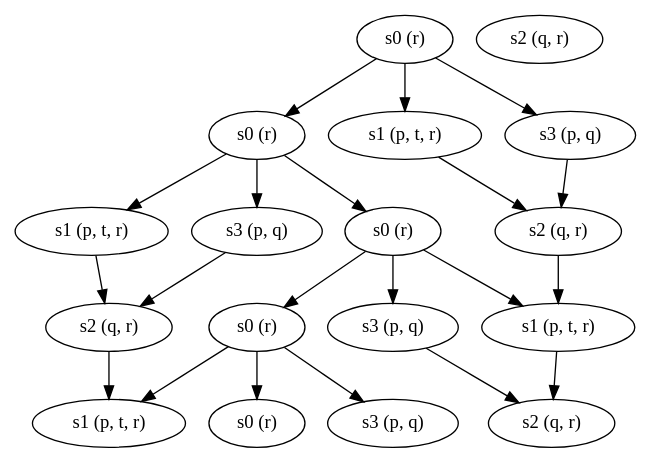
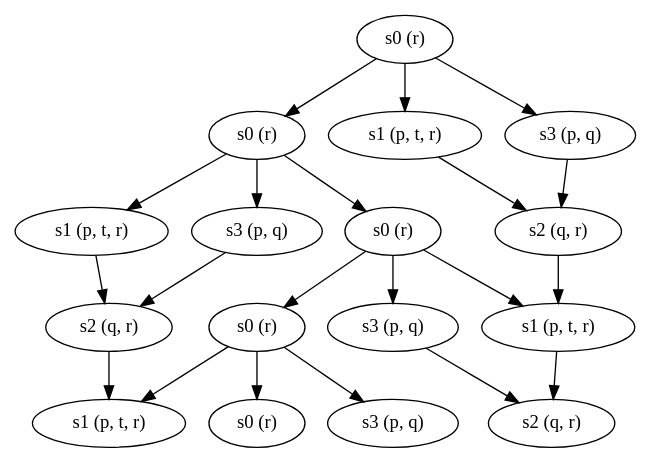
One commit to yigitozkavci/Cmpe436Assignments changed the diagram in Cmpe436Assignment3/Q3/a/source.dot. Above: the diagram before and after it, drawn with Graphviz. The commit also changed 2 other files, not shown here.

```diff
--- a/Cmpe436Assignment3/Q3/a/source.dot
+++ b/Cmpe436Assignment3/Q3/a/source.dot
@@ -1,53 +1,52 @@
 digraph G {
   // S0
   s0_0[ label = "s0 (r)" ]
   s0_1[ label = "s0 (r)" ]
   s0_2[ label = "s0 (r)" ]
   s0_3[ label = "s0 (r)" ]
   s0_4[ label = "s0 (r)" ]
 
   s1_1[ label = "s1 (p, t, r)" ]
   s1_2[ label = "s1 (p, t, r)" ]
   s1_3[ label = "s1 (p, t, r)" ]
   s1_4[ label = "s1 (p, t, r)" ]
 
-  s2_1[ label = "s2 (q, r)" ]
   s2_2[ label = "s2 (q, r)" ]
   s2_3[ label = "s2 (q, r)" ]
   s2_4[ label = "s2 (q, r)" ]
 
   s3_1[ label = "s3 (p, q)" ]
   s3_2[ label = "s3 (p, q)" ]
   s3_3[ label = "s3 (p, q)" ]
   s3_4[ label = "s3 (p, q)" ]
 
   s0_0 -> s0_1;
   s0_0 -> s1_1;
   s0_0 -> s3_1;
 
   s0_1->s0_2;
   s0_1->s1_2;
   s0_1->s3_2;
 
   s0_2->s0_3;
   s0_2->s1_3;
   s0_2->s3_3;
 
   s0_3->s0_4;
   s0_3->s1_4;
   s0_3->s3_4;
 
   // S1
   s1_1->s2_2;
   s1_2->s2_3;
   s1_3->s2_4;
 
   // S2
   s2_2->s1_3;
   s2_3->s1_4;
 
   // S3
   s3_1->s2_2;
   s3_2->s2_3;
   s3_3->s2_4;
 }
```
